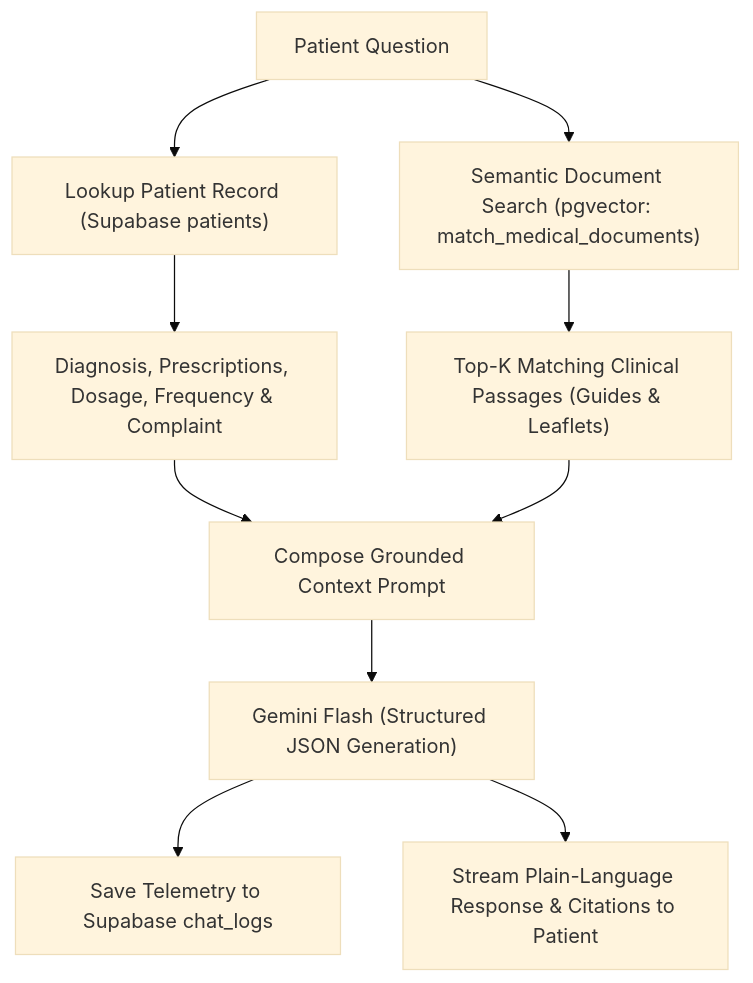
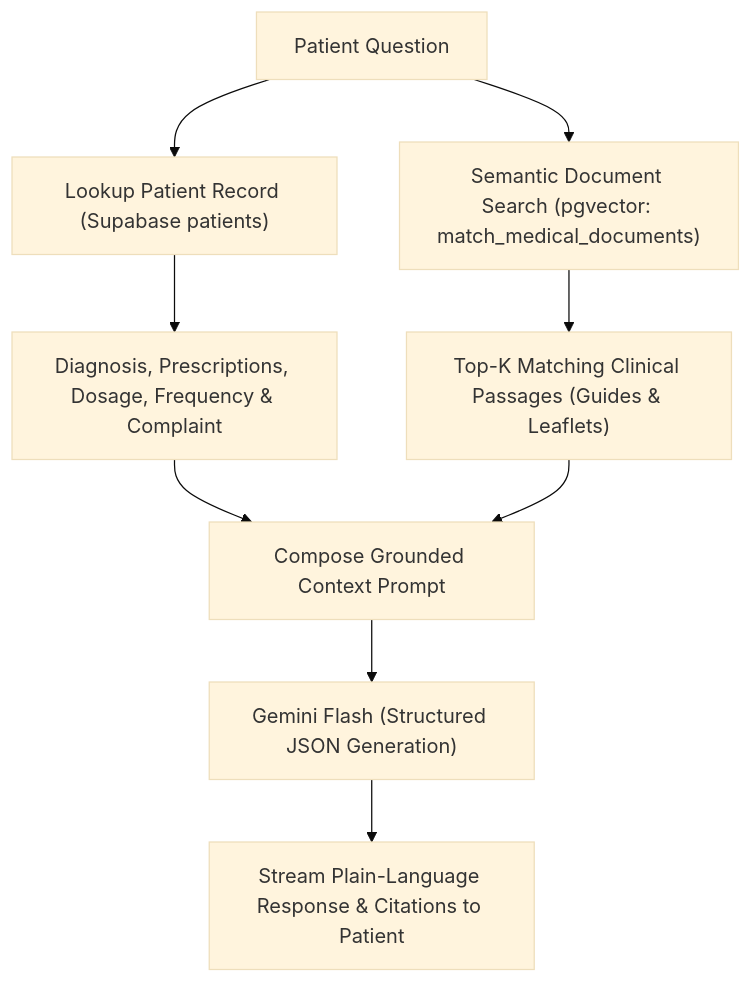
The second of 2 diagrams in README.md (ginnnn-e/pulse-ai), drawn with Mermaid (base theme) before and after one commit. The commit also changed other lines of this file, not shown here.

Commit message:
docs: upgrade system architecture to Mermaid diagram and remove chat logs

````diff
--- a/README.md
+++ b/README.md
@@ -26,12 +46,11 @@
 ```mermaid
 flowchart TD
     A["Patient Question"] --> B["Lookup Patient Record (Supabase patients)"]
     B --> C["Diagnosis, Prescriptions, Dosage, Frequency & Complaint"]
     A --> D["Semantic Document Search (pgvector: match_medical_documents)"]
     D --> E["Top-K Matching Clinical Passages (Guides & Leaflets)"]
     C --> F["Compose Grounded Context Prompt"]
     E --> F
     F --> G["Gemini Flash (Structured JSON Generation)"]
-    G --> H["Save Telemetry to Supabase chat_logs"]
     G --> I["Stream Plain-Language Response & Citations to Patient"]
 ```
````
